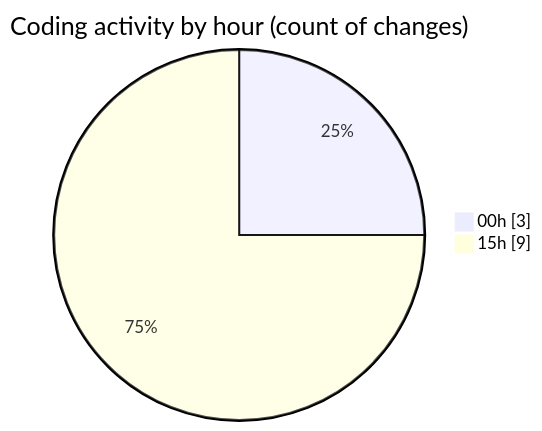
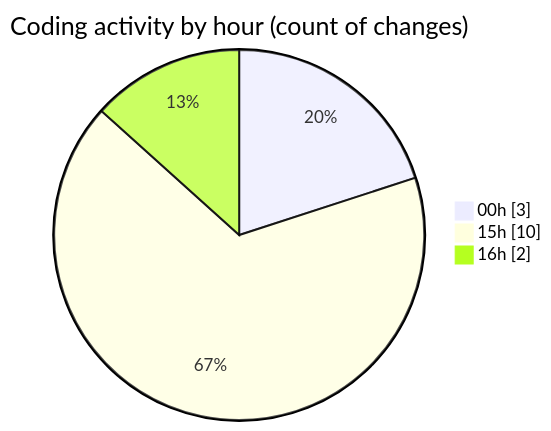
One commit to idhammustaqopulfikri/code-tracking changed the second of 2 diagrams in 2025-03-30/autodidak/README.md. Above: the diagram before and after it, drawn with Mermaid. The commit also changed other lines of this file and 1 other file, not shown here.

````diff
--- a/2025-03-30/autodidak/README.md
+++ b/2025-03-30/autodidak/README.md
@@ -34,6 +34,7 @@
 ```mermaid
 pie showData
 title Coding activity by hour (count of changes)
 "00h" : 3
-"15h" : 9
+"15h" : 10
+"16h" : 2
 ```
````
